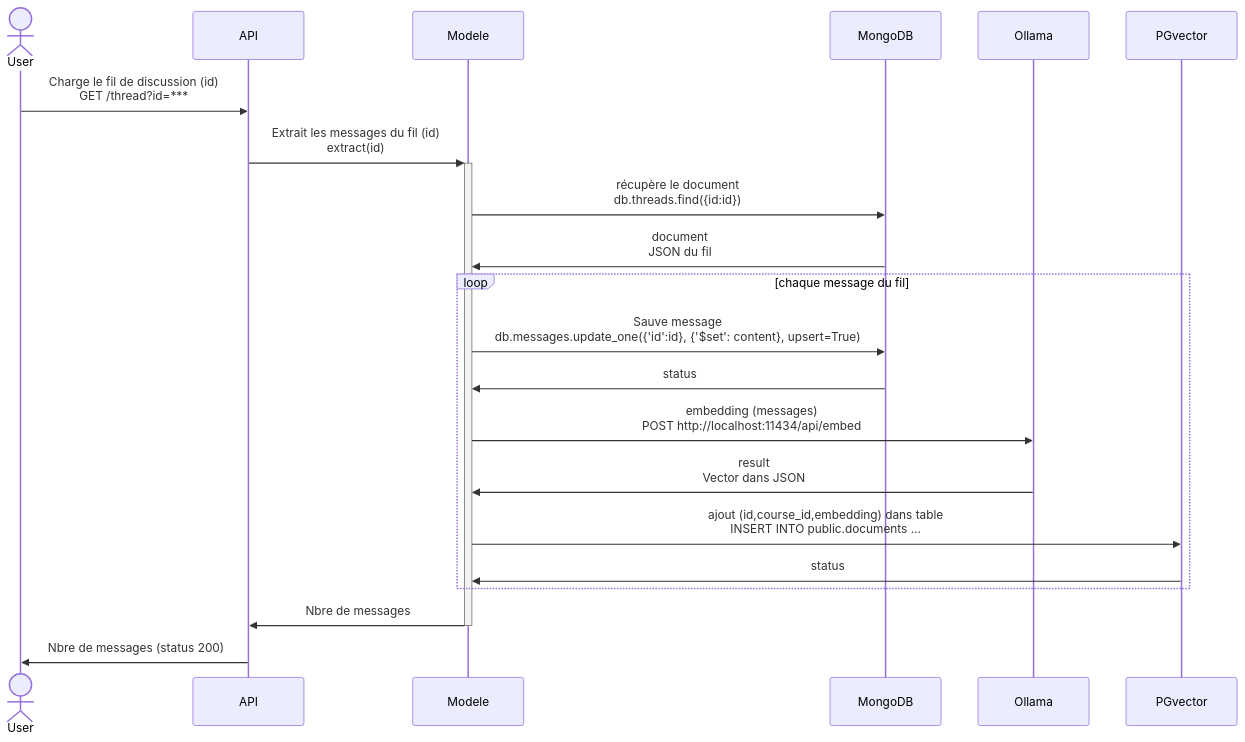
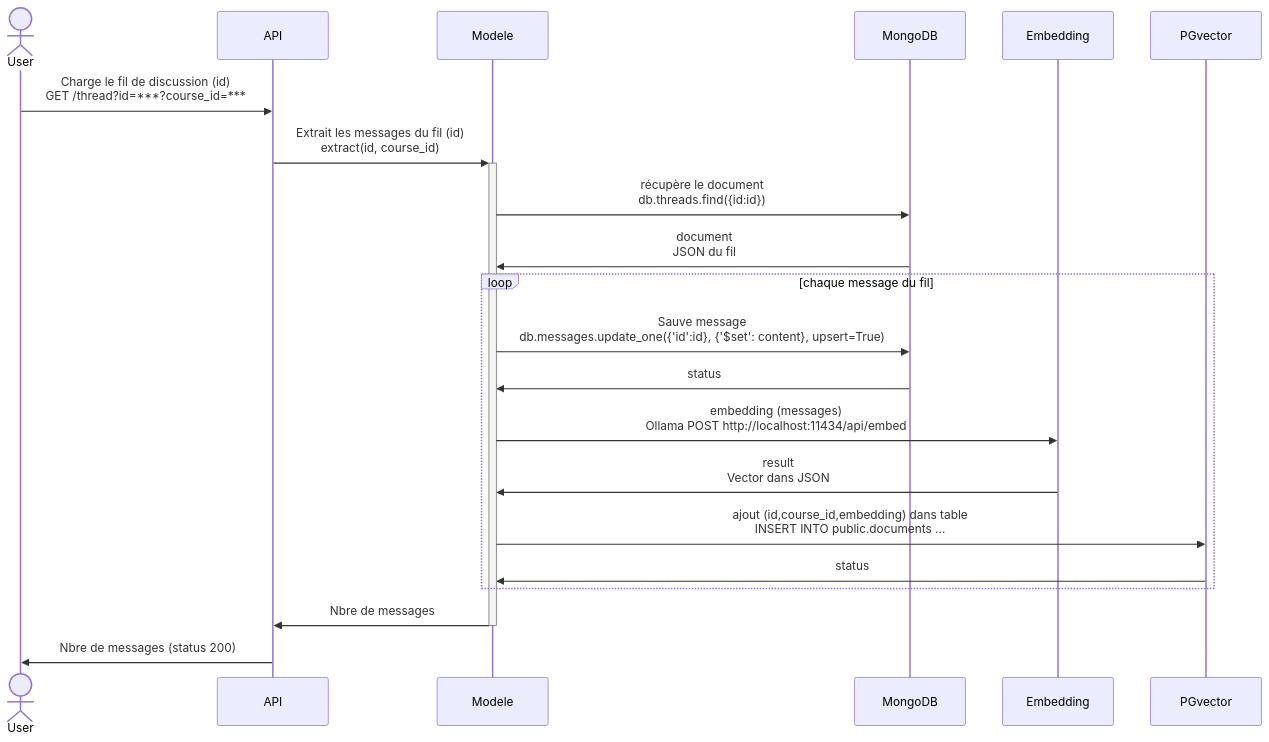
One commit to data-IA-2024/p4mooc changed the first of 3 diagrams in README.md. Above: the diagram before and after it, drawn with Mermaid. The commit also changed other lines of this file, not shown here.

````diff
--- a/README.md
+++ b/README.md
@@ -105,19 +130,19 @@
 ```mermaid
 %% Example of sequence diagram
   sequenceDiagram
       actor User
-    User->>API : Charge le fil de discussion (id)<br>GET /thread?id=***
-    API->>+Modele : Extrait les messages du fil (id)<br>extract(id)
+    User->>API : Charge le fil de discussion (id)<br>GET /thread?id=***?course_id=***
+    API->>+Modele : Extrait les messages du fil (id)<br>extract(id, course_id)
     Modele->>MongoDB : récupère le document <br>db.threads.find({id:id})
     MongoDB->>Modele: document<br>JSON du fil
     loop chaque message du fil
     Modele->>MongoDB : Sauve message<br>db.messages.update_one({'id':id}, {'$set': content}, upsert=True)
     MongoDB->>Modele : status
-    Modele->>Ollama : embedding (messages)<br>POST http://localhost:11434/api/embed
-    Ollama->>Modele : result<br>Vector dans JSON
+    Modele->>Embedding : embedding (messages)<br>Ollama POST http://localhost:11434/api/embed
+    Embedding->>Modele : result<br>Vector dans JSON
     Modele->>PGvector : ajout (id,course_id,embedding) dans table<br>INSERT INTO public.documents ...
     PGvector->>Modele : status
     end
     Modele->>-API : Nbre de messages
     API->>User : Nbre de messages (status 200)
 ```
````
